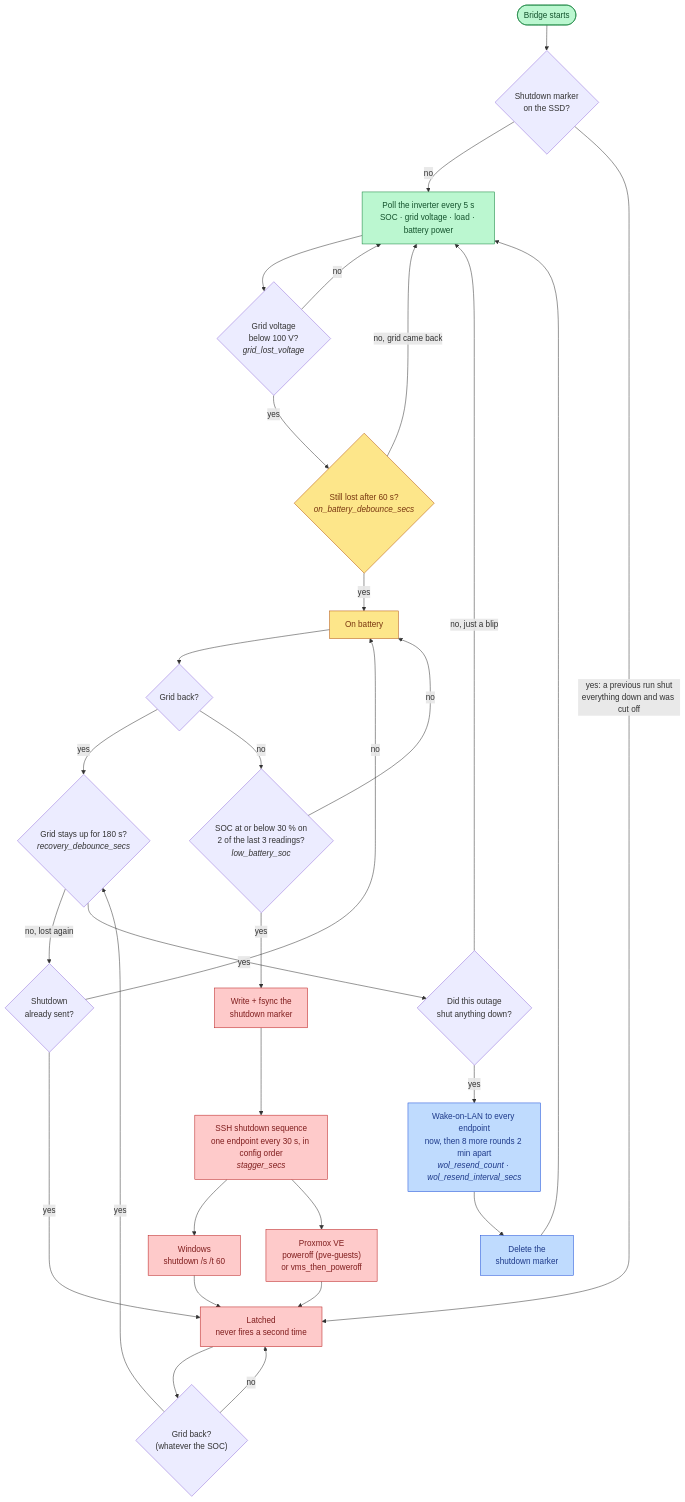
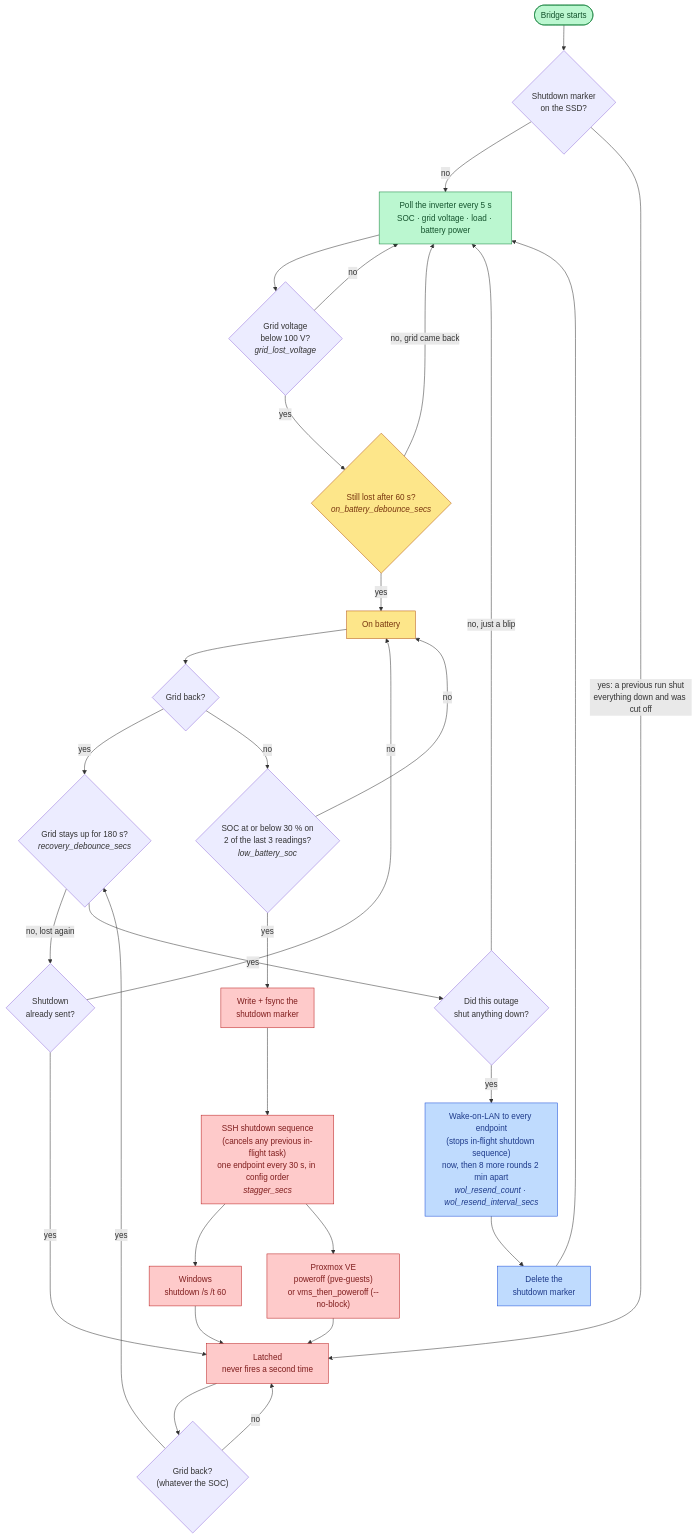
The second of 3 diagrams in README.md (dimon757/modbus-ups-nut), drawn with Mermaid before and after one commit. The commit also changed other lines of this file and 9 other files, not shown here.

First line of the commit message:
Fix Proxmox shutdown, task cancellation, Modbus timeouts, config validation, and update docs

````diff
--- a/README.md
+++ b/README.md
@@ -43,47 +43,47 @@
 ```mermaid
 flowchart TD
     start(["Bridge starts"]) --> marker{"Shutdown marker<br/>on the SSD?"}
     marker -- "no" --> poll
     marker -- "yes: a previous run shut<br/>everything down and was cut off" --> latched
 
     poll["Poll the inverter every 5 s<br/>SOC · grid voltage · load · battery power"] --> lost{"Grid voltage<br/>below 100 V?<br/><i>grid_lost_voltage</i>"}
     lost -- "no" --> poll
     lost -- "yes" --> deb{"Still lost after 60 s?<br/><i>on_battery_debounce_secs</i>"}
     deb -- "no, grid came back" --> poll
     deb -- "yes" --> onbatt["On battery"]
 
     onbatt --> back1{"Grid back?"}
     back1 -- "yes" --> recover
     back1 -- "no" --> low{"SOC at or below 30 % on<br/>2 of the last 3 readings?<br/><i>low_battery_soc</i>"}
     low -- "no" --> onbatt
     low -- "yes" --> write["Write + fsync the<br/>shutdown marker"]
 
-    write --> seq["SSH shutdown sequence<br/>one endpoint every 30 s, in config order<br/><i>stagger_secs</i>"]
+    write --> seq["SSH shutdown sequence<br/>(cancels any previous in-flight task)<br/>one endpoint every 30 s, in config order<br/><i>stagger_secs</i>"]
     seq --> win["Windows<br/>shutdown /s /t 60"]
-    seq --> pve["Proxmox VE<br/>poweroff (pve-guests)<br/>or vms_then_poweroff"]
+    seq --> pve["Proxmox VE<br/>poweroff (pve-guests)<br/>or vms_then_poweroff (--no-block)"]
     win --> latched
     pve --> latched
 
     latched["Latched<br/>never fires a second time"] --> healthy{"Grid back?<br/>(whatever the SOC)"}
     healthy -- "no" --> latched
     healthy -- "yes" --> recover
 
     recover{"Grid stays up for 180 s?<br/><i>recovery_debounce_secs</i>"}
     recover -- "no, lost again" --> sent{"Shutdown<br/>already sent?"}
     sent -- "yes" --> latched
     sent -- "no" --> onbatt
     recover -- "yes" --> fired{"Did this outage<br/>shut anything down?"}
     fired -- "no, just a blip" --> poll
-    fired -- "yes" --> wol["Wake-on-LAN to every endpoint<br/>now, then 8 more rounds 2 min apart<br/><i>wol_resend_count · wol_resend_interval_secs</i>"]
+    fired -- "yes" --> wol["Wake-on-LAN to every endpoint<br/>(stops in-flight shutdown sequence)<br/>now, then 8 more rounds 2 min apart<br/><i>wol_resend_count · wol_resend_interval_secs</i>"]
     wol --> clear["Delete the<br/>shutdown marker"]
     clear --> poll
 
     classDef ok fill:#bbf7d0,stroke:#15803d,color:#14532d
     classDef warn fill:#fde68a,stroke:#b45309,color:#78350f
     classDef bad fill:#fecaca,stroke:#b91c1c,color:#7f1d1d
     classDef wake fill:#bfdbfe,stroke:#1d4ed8,color:#1e3a8a
     class poll,start ok
     class onbatt,deb warn
     class write,seq,win,pve,latched bad
     class wol,clear wake
 ```
````
